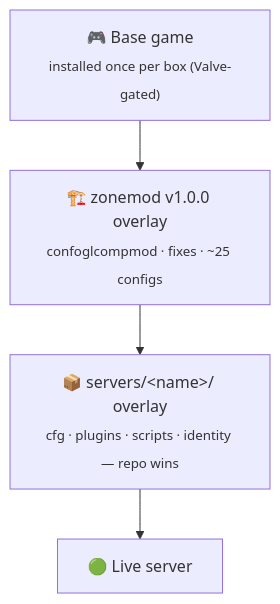
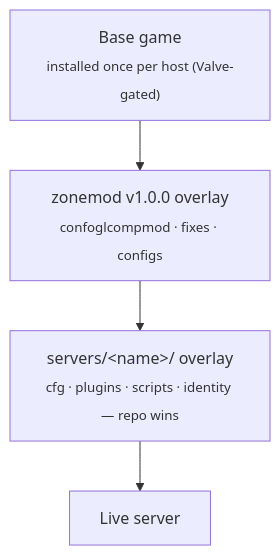
The first of 2 diagrams in README.md (bogware/bizzymod), drawn with Mermaid before and after one commit. The commit also changed other lines of this file and 1 other file, not shown here.

````diff
--- a/README.md
+++ b/README.md
@@ -86,6 +83,6 @@
 ```mermaid
 flowchart TB
-    A["🎮 Base game<br/><sub>installed once per box (Valve-gated)</sub>"] --> B["🏗️ zonemod v1.0.0 overlay<br/><sub>confoglcompmod · fixes · ~25 configs</sub>"]
-    B --> C["📦 servers/&lt;name&gt;/ overlay<br/><sub>cfg · plugins · scripts · identity — repo wins</sub>"]
-    C --> D["🟢 Live server"]
+    A["Base game<br/><sub>installed once per host (Valve-gated)</sub>"] --> B["zonemod v1.0.0 overlay<br/><sub>confoglcompmod · fixes · configs</sub>"]
+    B --> C["servers/&lt;name&gt;/ overlay<br/><sub>cfg · plugins · scripts · identity — repo wins</sub>"]
+    C --> D["Live server"]
 ```
````
